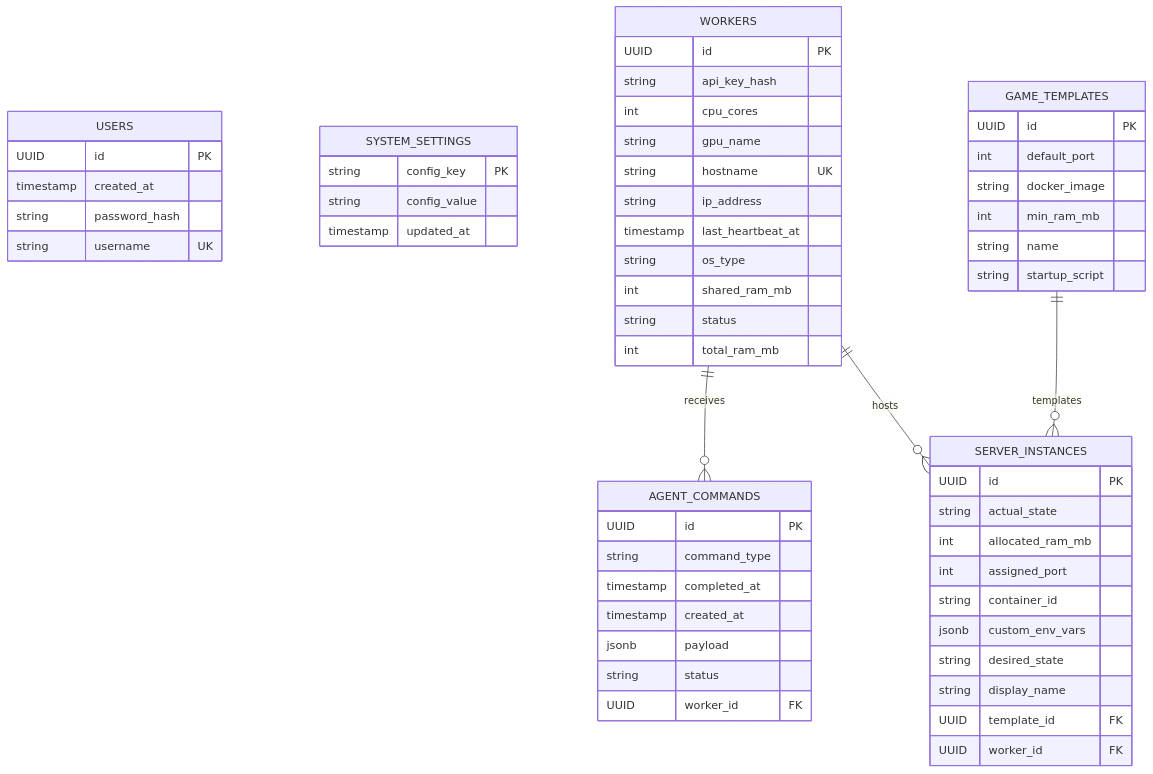
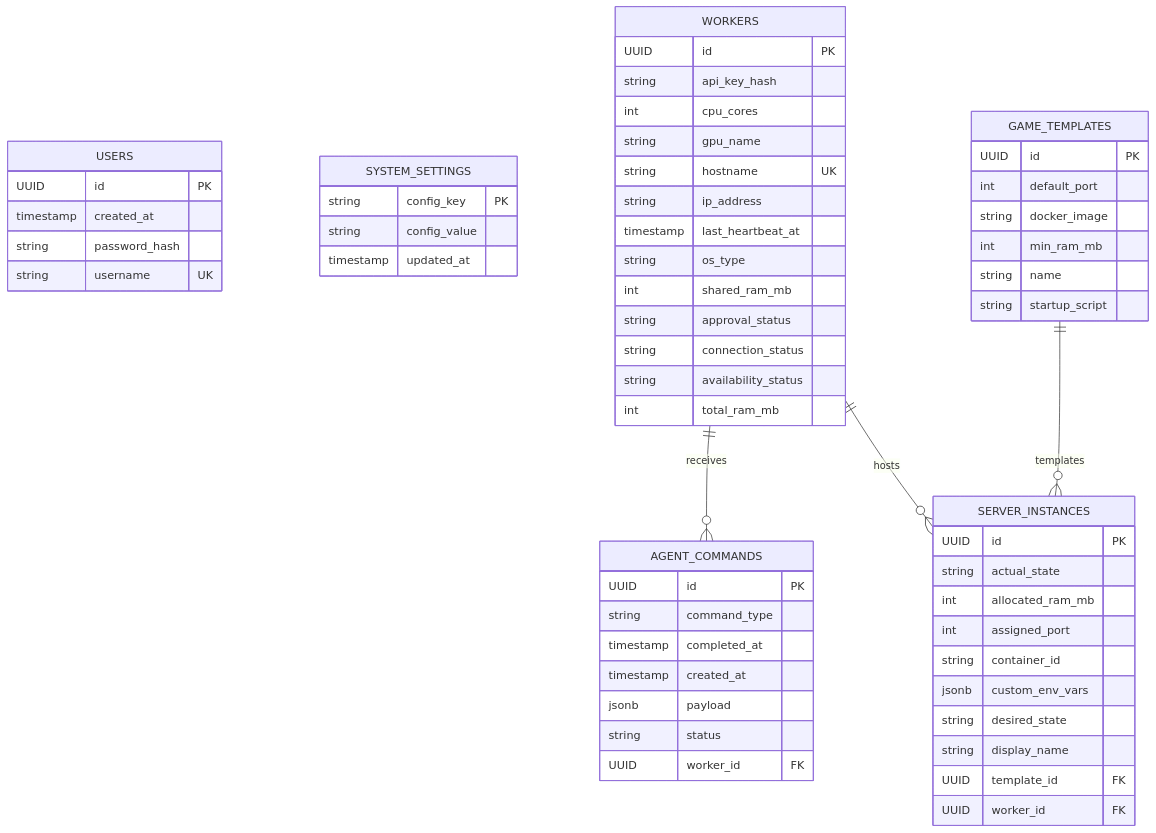
Before and after one commit to xEdziu/LocalHive: the diagram in docs/database.md, drawn with Mermaid. The commit also changed other lines of this file and 20 other files, not shown here.

````diff
--- a/docs/database.md
+++ b/docs/database.md
@@ -32,65 +33,67 @@
 ```mermaid
 erDiagram
     USERS {
         UUID id PK
         timestamp created_at
         string password_hash
         string username UK
     }
 
     SYSTEM_SETTINGS {
         string config_key PK
         string config_value
         timestamp updated_at
     }
 
     WORKERS {
         UUID id PK
         string api_key_hash
         int cpu_cores
         string gpu_name
         string hostname UK
         string ip_address
         timestamp last_heartbeat_at
         string os_type
         int shared_ram_mb
-        string status
+        string approval_status
+        string connection_status
+        string availability_status
         int total_ram_mb
     }
 
     GAME_TEMPLATES {
         UUID id PK
         int default_port
         string docker_image
         int min_ram_mb
         string name
         string startup_script
     }
 
     AGENT_COMMANDS {
         UUID id PK
         string command_type
         timestamp completed_at
         timestamp created_at
         jsonb payload
         string status
         UUID worker_id FK
     }
 
     SERVER_INSTANCES {
         UUID id PK
         string actual_state
         int allocated_ram_mb
         int assigned_port
         string container_id
         jsonb custom_env_vars
         string desired_state
         string display_name
         UUID template_id FK
         UUID worker_id FK
     }
 
     WORKERS ||--o{ AGENT_COMMANDS : receives
     WORKERS ||--o{ SERVER_INSTANCES : hosts
     GAME_TEMPLATES ||--o{ SERVER_INSTANCES : templates
 ```
````
